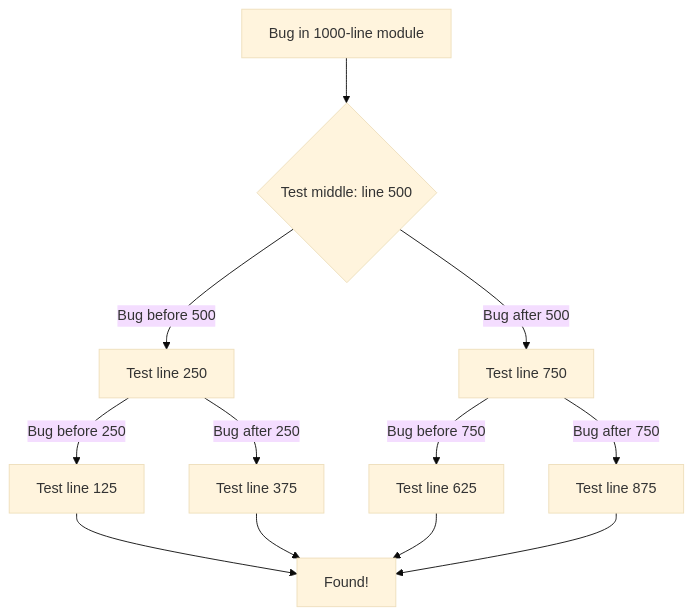
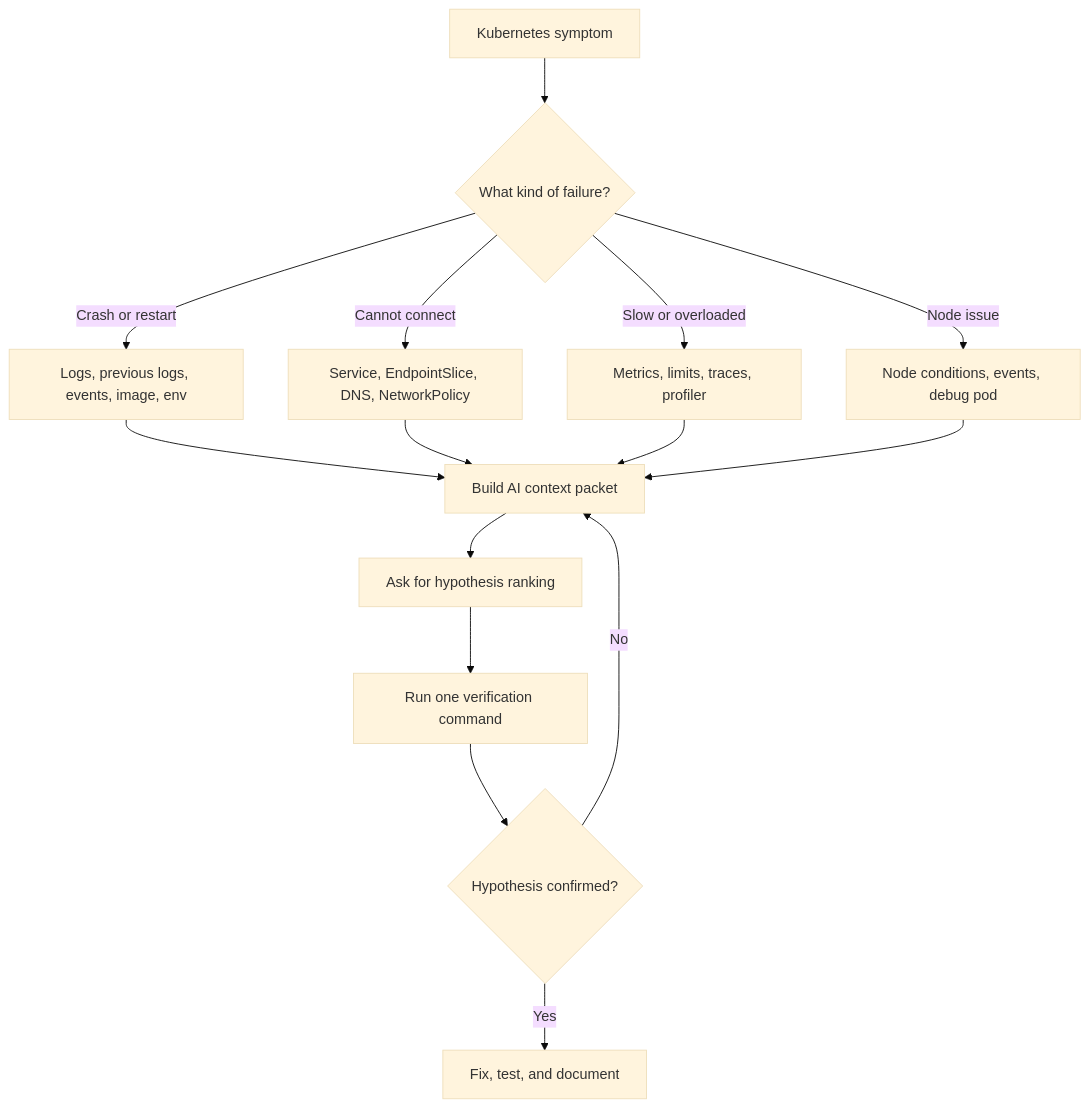
One commit to krisztiankoos/kubedojo changed the sixth of 8 diagrams in src/content/docs/ai-ml-engineering/ai-native-development/module-1.8-ai-assisted-debugging-optimization.md. Above: the diagram before and after it, drawn with Mermaid (base theme). The commit also changed other lines of this file, not shown here.

First line of the commit message:
quality(rewrite): codex rewrite ai-ml-engineering-ai-native-development-module-1.8-ai-assisted-debugging-optimization (attempt 350a9fbc7632)

````diff
--- a/src/content/docs/ai-ml-engineering/ai-native-development/module-1.8-ai-assisted-debugging-optimization.md
+++ b/src/content/docs/ai-ml-engineering/ai-native-development/module-1.8-ai-assisted-debugging-optimization.md
@@ -611,14 +670,17 @@
 ```mermaid
-graph TD
-    A[Bug in 1000-line module] --> B{Test middle: line 500}
-    B -->|Bug before 500| C[Test line 250]
-    B -->|Bug after 500| D[Test line 750]
-    C -->|Bug before 250| E[Test line 125]
-    C -->|Bug after 250| F[Test line 375]
-    D -->|Bug before 750| G[Test line 625]
-    D -->|Bug after 750| H[Test line 875]
-    E --> I[Found!]
-    F --> I
-    G --> I
-    H --> I
+flowchart TD
+    A[Kubernetes symptom] --> B{What kind of failure?}
+    B -->|Crash or restart| C[Logs, previous logs, events, image, env]
+    B -->|Cannot connect| D[Service, EndpointSlice, DNS, NetworkPolicy]
+    B -->|Slow or overloaded| E[Metrics, limits, traces, profiler]
+    B -->|Node issue| F[Node conditions, events, debug pod]
+    C --> G[Build AI context packet]
+    D --> G
+    E --> G
+    F --> G
+    G --> H[Ask for hypothesis ranking]
+    H --> I[Run one verification command]
+    I --> J{Hypothesis confirmed?}
+    J -->|No| G
+    J -->|Yes| K[Fix, test, and document]
 ```
````
